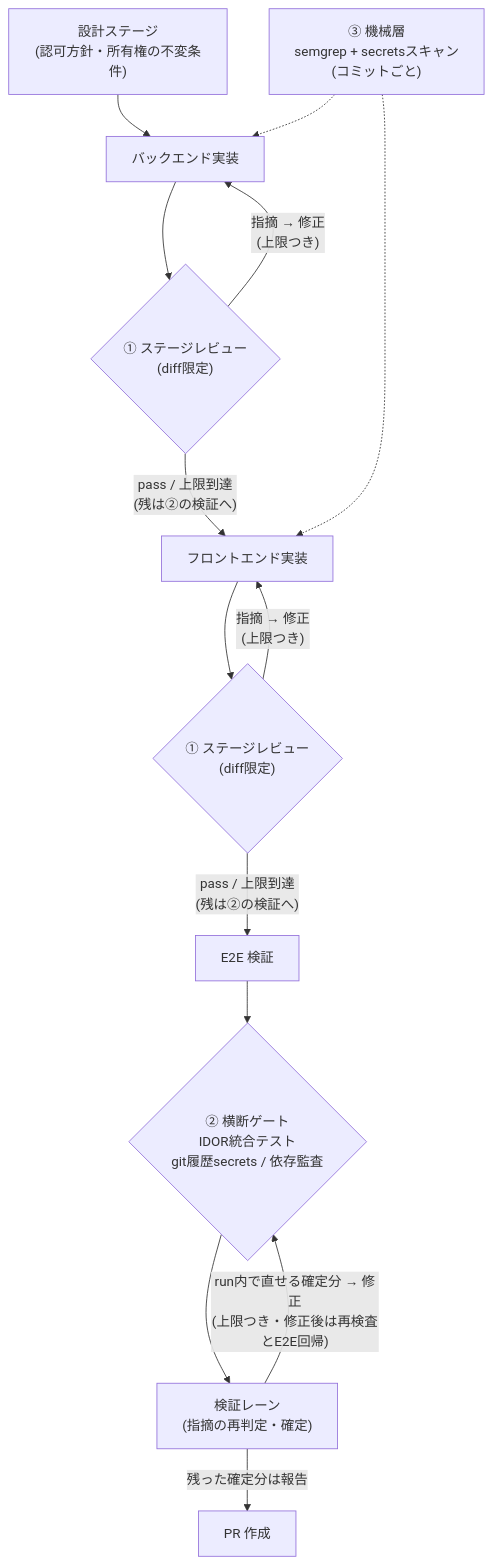
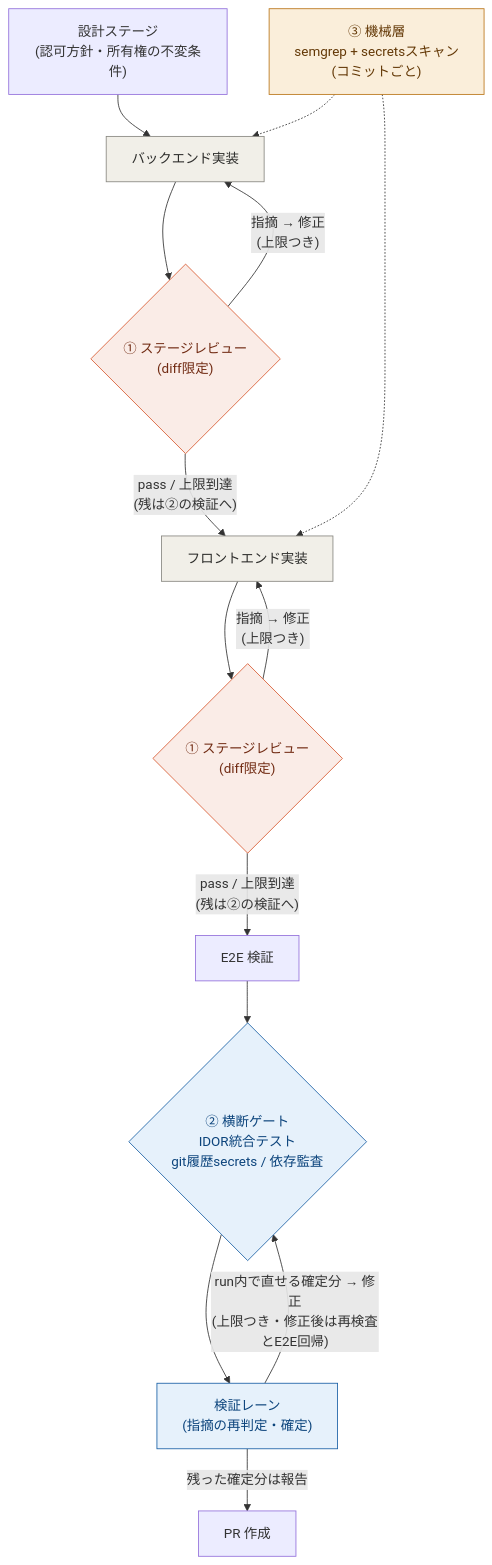
One commit to t-mizumoto1203/zenn-tech-blog changed the diagram in articles/20260724-d13745952c41e2.md. Above: the diagram before and after it, drawn with Mermaid.

Commit message:
mermaid図に層の色分けを追加（検証レーンは②と同色のブルー＝②の検証段であることを明示）

````diff
--- a/articles/20260724-d13745952c41e2.md
+++ b/articles/20260724-d13745952c41e2.md
@@ -97,16 +97,24 @@
 ```mermaid
 flowchart TD
     D["設計ステージ<br>(認可方針・所有権の不変条件)"] --> B["バックエンド実装"]
     B --> BR{"① ステージレビュー<br>(diff限定)"}
     BR -->|"指摘 → 修正<br>(上限つき)"| B
     BR -->|"pass / 上限到達<br>(残は②の検証へ)"| F["フロントエンド実装"]
     F --> FR{"① ステージレビュー<br>(diff限定)"}
     FR -->|"指摘 → 修正<br>(上限つき)"| F
     FR -->|"pass / 上限到達<br>(残は②の検証へ)"| E["E2E 検証"]
     E --> G{"② 横断ゲート<br>IDOR統合テスト<br>git履歴secrets / 依存監査"}
     G --> V["検証レーン<br>(指摘の再判定・確定)"]
     V -->|"run内で直せる確定分 → 修正<br>(上限つき・修正後は再検査とE2E回帰)"| G
     V -->|"残った確定分は報告"| P["PR 作成"]
     M["③ 機械層<br>semgrep + secretsスキャン<br>(コミットごと)"] -.-> B
     M -.-> F
+    classDef l1 fill:#FAECE7,stroke:#D85A30,color:#712B13
+    classDef l2 fill:#E6F1FB,stroke:#185FA5,color:#0C447C
+    classDef l3 fill:#FAEEDA,stroke:#BA7517,color:#633806
+    classDef impl fill:#F1EFE8,stroke:#888780,color:#2C2C2A
+    class BR,FR l1
+    class G,V l2
+    class M l3
+    class B,F impl
 ```
````
